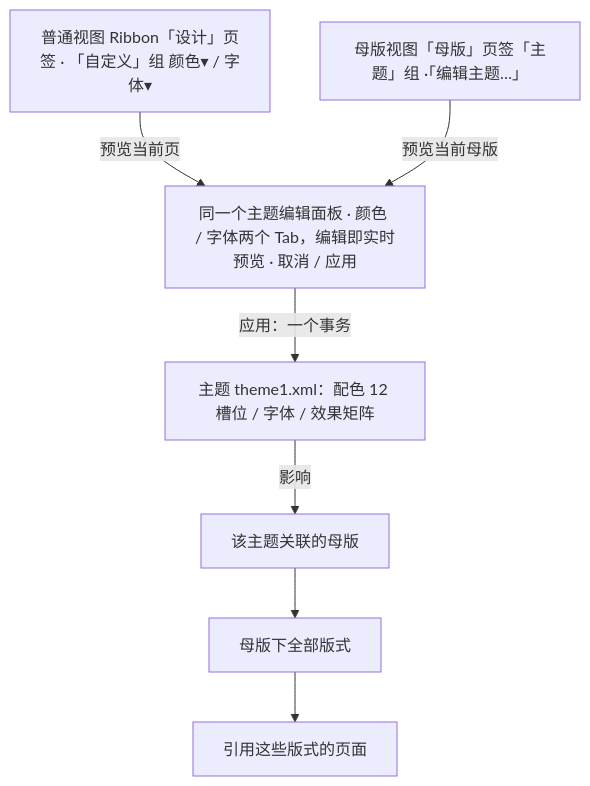
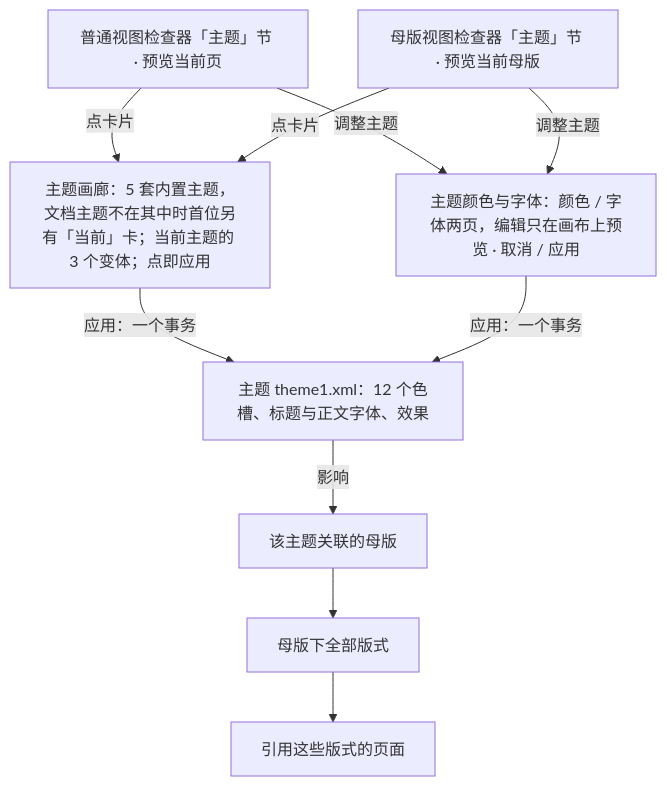
One commit to Xeonice/cordis-ppt-editor changed the diagram in docs/20-design/03-screens/28-design-tab-and-themes.md. Above: the diagram before and after it, drawn with Mermaid. The commit also changed other lines of this file and 44 other files, not shown here.

````diff
--- a/docs/20-design/03-screens/28-design-tab-and-themes.md
+++ b/docs/20-design/03-screens/28-design-tab-and-themes.md
@@ -13,14 +31,18 @@
 ```mermaid
 flowchart TB
-  e1["普通视图 Ribbon「设计」页签 · 「自定义」组 颜色▾ / 字体▾"]
-  e2["母版视图「母版」页签「主题」组 ·「编辑主题…」"]
-  panel["同一个主题编辑面板 · 颜色 / 字体两个 Tab，编辑即实时预览 · 取消 / 应用"]
-  thm["主题 theme1.xml：配色 12 槽位 / 字体 / 效果矩阵"]
+  e1["普通视图检查器「主题」节 · 预览当前页"]
+  e2["母版视图检查器「主题」节 · 预览当前母版"]
+  gal["主题画廊：5 套内置主题，文档主题不在其中时首位另有「当前」卡；当前主题的 3 个变体；点即应用"]
+  ed["主题颜色与字体：颜色 / 字体两页，编辑只在画布上预览 · 取消 / 应用"]
+  thm["主题 theme1.xml：12 个色槽、标题与正文字体、效果"]
   mas["该主题关联的母版"]
   lay["母版下全部版式"]
   pg["引用这些版式的页面"]
-  e1 -->|"预览当前页"| panel
-  e2 -->|"预览当前母版"| panel
-  panel -->|"应用：一个事务"| thm
+  e1 -->|"点卡片"| gal
+  e1 -->|"调整主题"| ed
+  e2 -->|"点卡片"| gal
+  e2 -->|"调整主题"| ed
+  gal -->|"应用：一个事务"| thm
+  ed -->|"应用：一个事务"| thm
   thm -->|"影响"| mas --> lay --> pg
 ```
````
